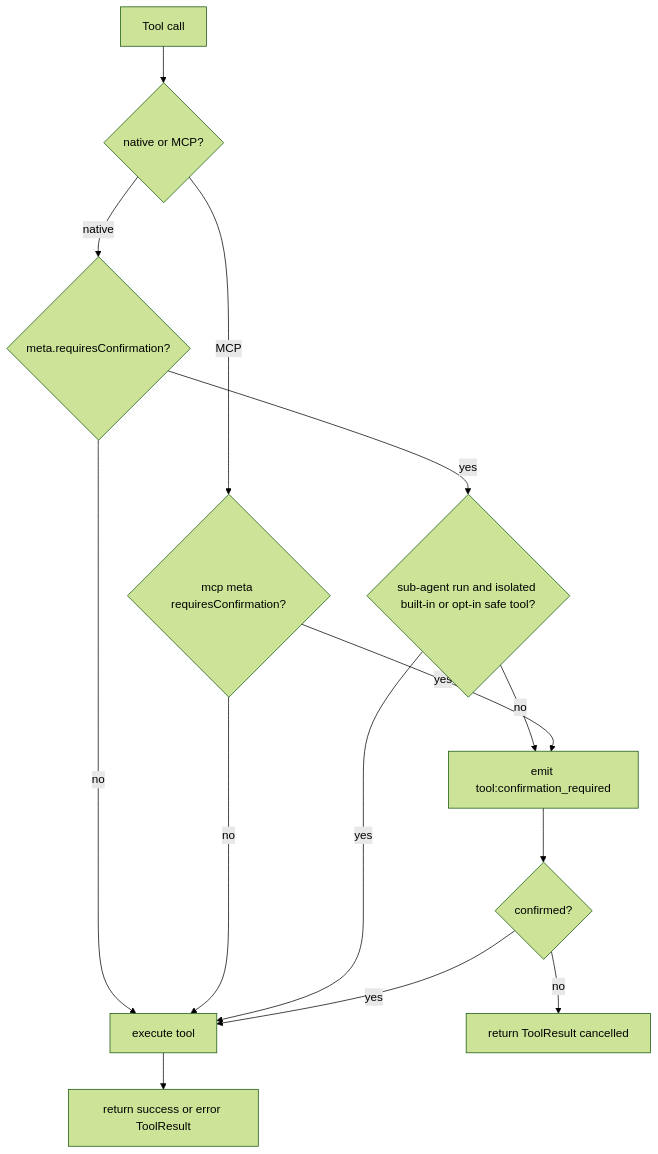
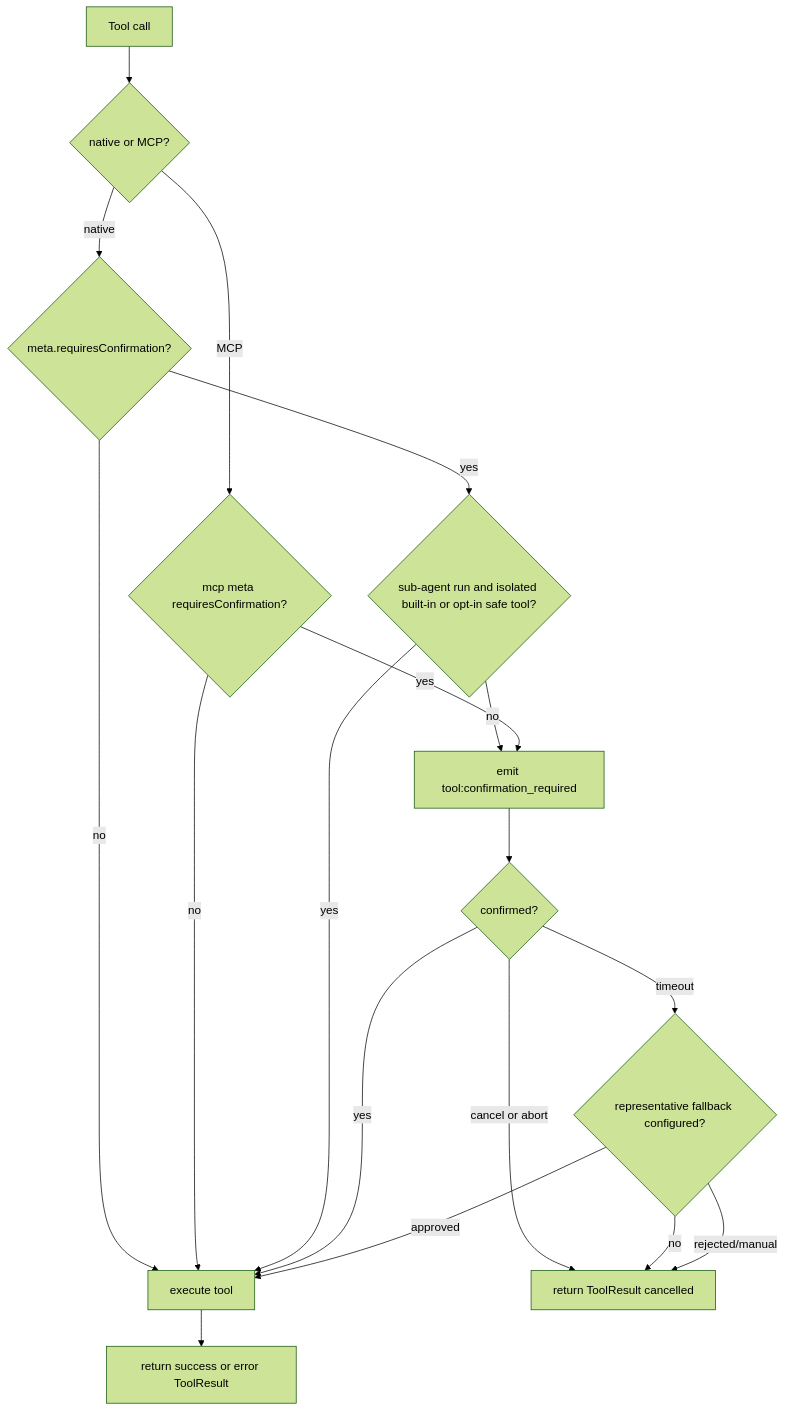
Before and after one commit to Radomiej/kalio-forever: the third of 3 diagrams in docs/tool-architecture.md, drawn with Mermaid (forest theme). The commit also changed other lines of this file and 733 other files, not shown here.

````diff
--- a/docs/tool-architecture.md
+++ b/docs/tool-architecture.md
@@ -137,21 +138,25 @@
 ```mermaid
 flowchart TD
     Call[Tool call] --> Kind{native or MCP?}
 
     Kind -- native --> NativeConfirm{meta.requiresConfirmation?}
     Kind -- MCP --> MCPPConfirm{mcp meta requiresConfirmation?}
 
     NativeConfirm -- no --> Execute[execute tool]
     MCPPConfirm -- no --> Execute
 
     NativeConfirm -- yes --> AutoApprove{sub-agent run and isolated built-in or opt-in safe tool?}
     AutoApprove -- yes --> Execute
     AutoApprove -- no --> Await[emit tool:confirmation_required]
 
     MCPPConfirm -- yes --> Await
     Await --> Decision{confirmed?}
-    Decision -- no --> Cancelled[return ToolResult cancelled]
     Decision -- yes --> Execute
+    Decision -- cancel or abort --> Cancelled[return ToolResult cancelled]
+    Decision -- timeout --> Unattended{representative fallback configured?}
+    Unattended -- no --> Cancelled
+    Unattended -- approved --> Execute
+    Unattended -- rejected/manual --> Cancelled
 
     Execute --> Result[return success or error ToolResult]
 ```
````
